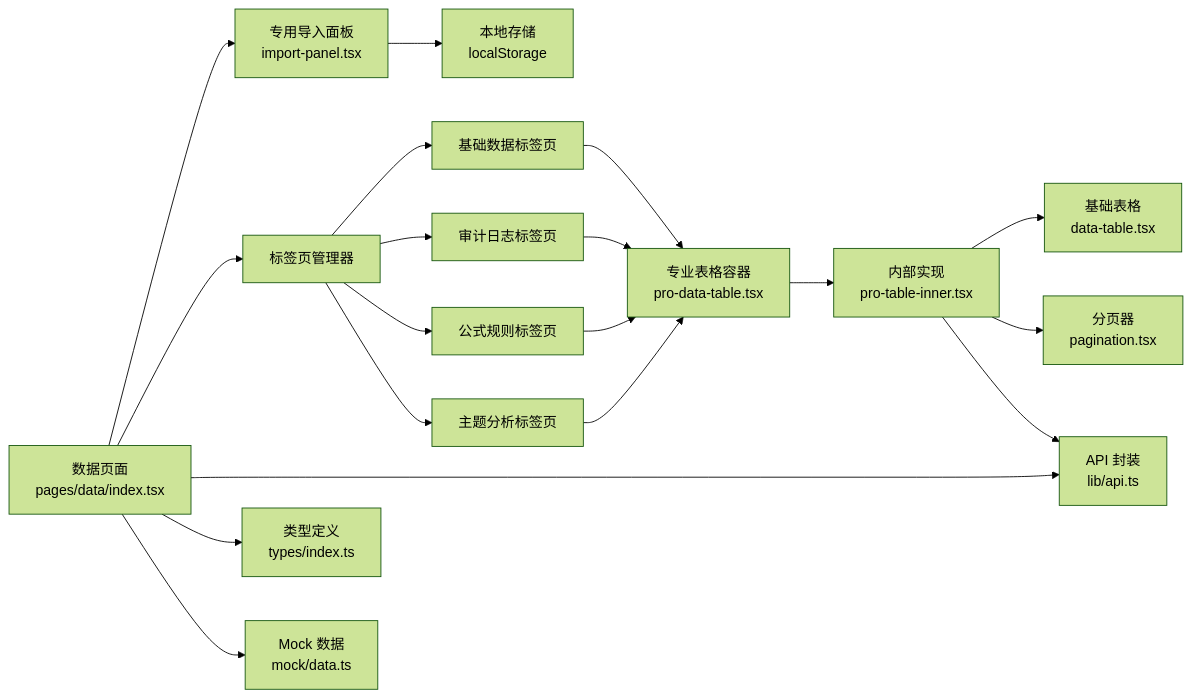
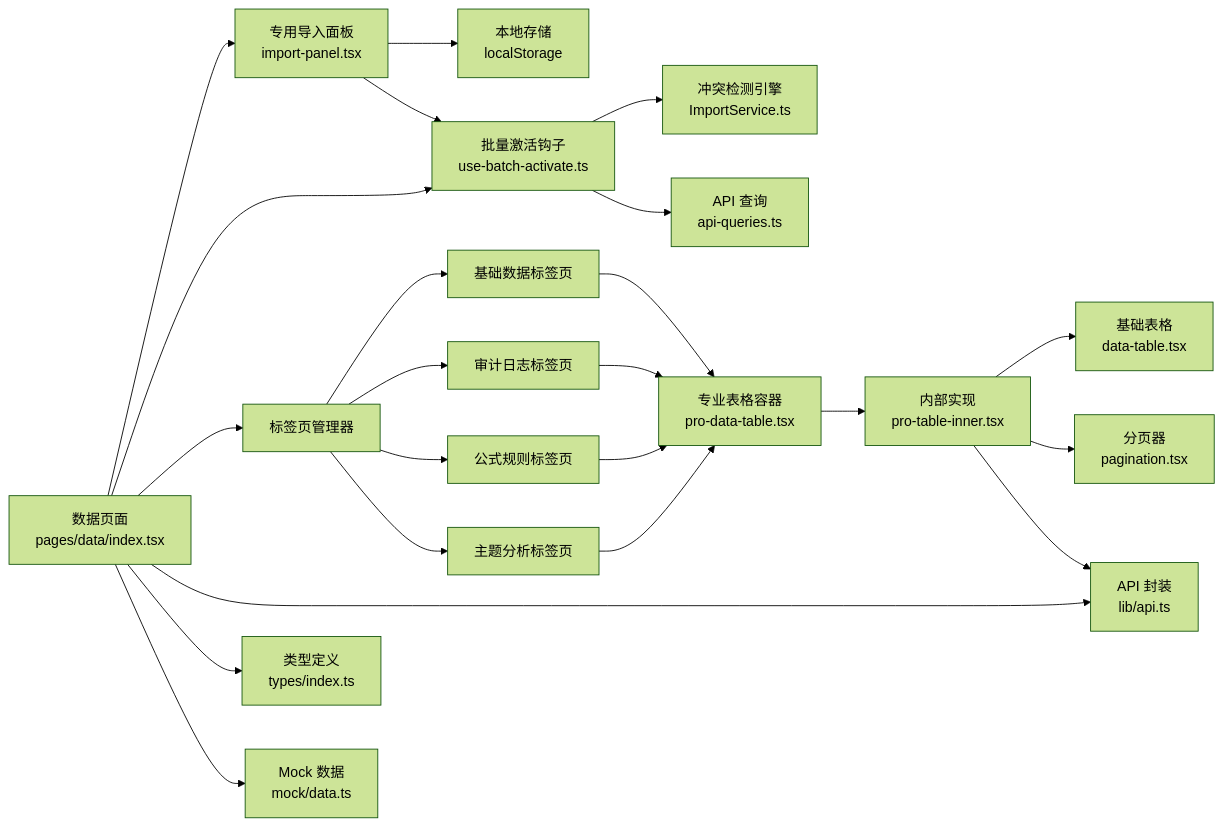
One commit to Damao997/newproject changed the fourth of 4 diagrams in .qoder/repowiki/zh/content/页面组件/数据管理页面/数据管理页面.md. Above: the diagram before and after it, drawn with Mermaid (forest theme). The commit also changed other lines of this file and 24 other files, not shown here.

````diff
--- a/.qoder/repowiki/zh/content/页面组件/数据管理页面/数据管理页面.md
+++ b/.qoder/repowiki/zh/content/页面组件/数据管理页面/数据管理页面.md
@@ -276,21 +406,25 @@
 ```mermaid
 graph LR
 DataPage["数据页面<br/>pages/data/index.tsx"] --> ImportPanel["专用导入面板<br/>import-panel.tsx"]
+DataPage --> BatchHook["批量激活钩子<br/>use-batch-activate.ts"]
 DataPage --> TabManager["标签页管理器"]
 TabManager --> Tab1["基础数据标签页"]
 TabManager --> Tab2["审计日志标签页"]
 TabManager --> Tab3["公式规则标签页"]
 TabManager --> Tab4["主题分析标签页"]
 ImportPanel --> LocalStorage["本地存储<br/>localStorage"]
+ImportPanel --> BatchHook
+BatchHook --> ConflictEngine["冲突检测引擎<br/>ImportService.ts"]
+BatchHook --> APIQueries["API 查询<br/>api-queries.ts"]
 Tab1 --> Pro["专业表格容器<br/>pro-data-table.tsx"]
 Tab2 --> Pro
 Tab3 --> Pro
 Tab4 --> Pro
 Pro --> Inner["内部实现<br/>pro-table-inner.tsx"]
 Inner --> Base["基础表格<br/>data-table.tsx"]
 Inner --> Pag["分页器<br/>pagination.tsx"]
 DataPage --> API["API 封装<br/>lib/api.ts"]
 Inner --> API
 DataPage --> Types["类型定义<br/>types/index.ts"]
 DataPage --> Mock["Mock 数据<br/>mock/data.ts"]
 ```
````
